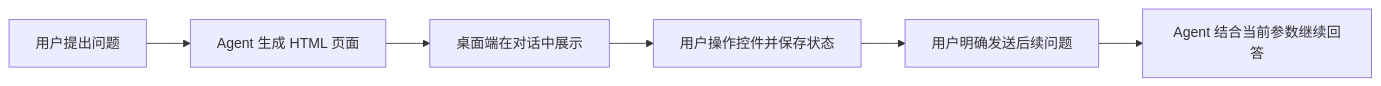
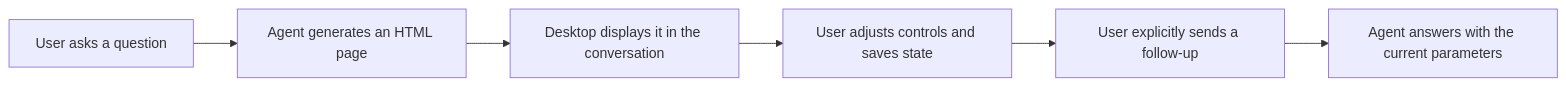
Before and after one commit to osben/ZCode: the second of 2 diagrams in UI_PLUGIN.md, drawn with Mermaid. The commit also changed other lines of this file and 3 other files, not shown here.

````diff
--- a/UI_PLUGIN.md
+++ b/UI_PLUGIN.md
@@ -136,8 +134,8 @@
 ```mermaid
 flowchart LR
-  A[用户提出问题] --> B[Agent 生成 HTML 页面]
-  B --> C[桌面端在对话中展示]
-  C --> D[用户操作控件并保存状态]
-  D --> E[用户明确发送后续问题]
-  E --> F[Agent 结合当前参数继续回答]
+  A[User asks a question] --> B[Agent generates an HTML page]
+  B --> C[Desktop displays it in the conversation]
+  C --> D[User adjusts controls and saves state]
+  D --> E[User explicitly sends a follow-up]
+  E --> F[Agent answers with the current parameters]
 ```
````
